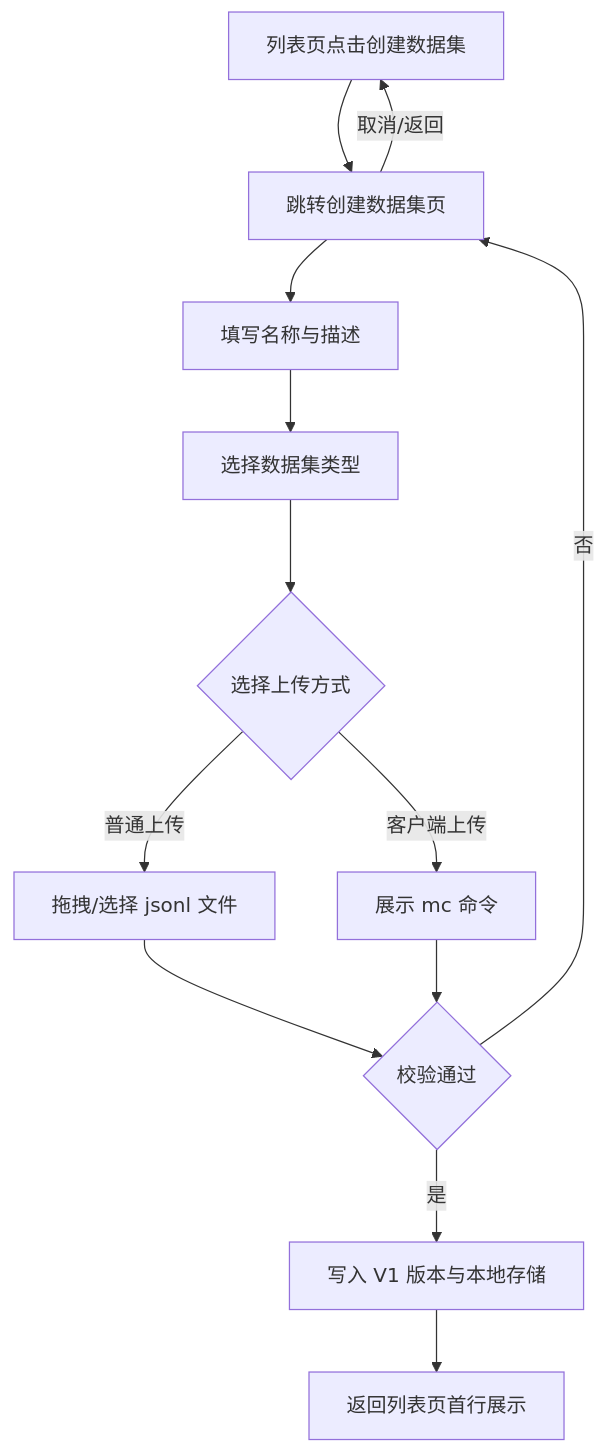
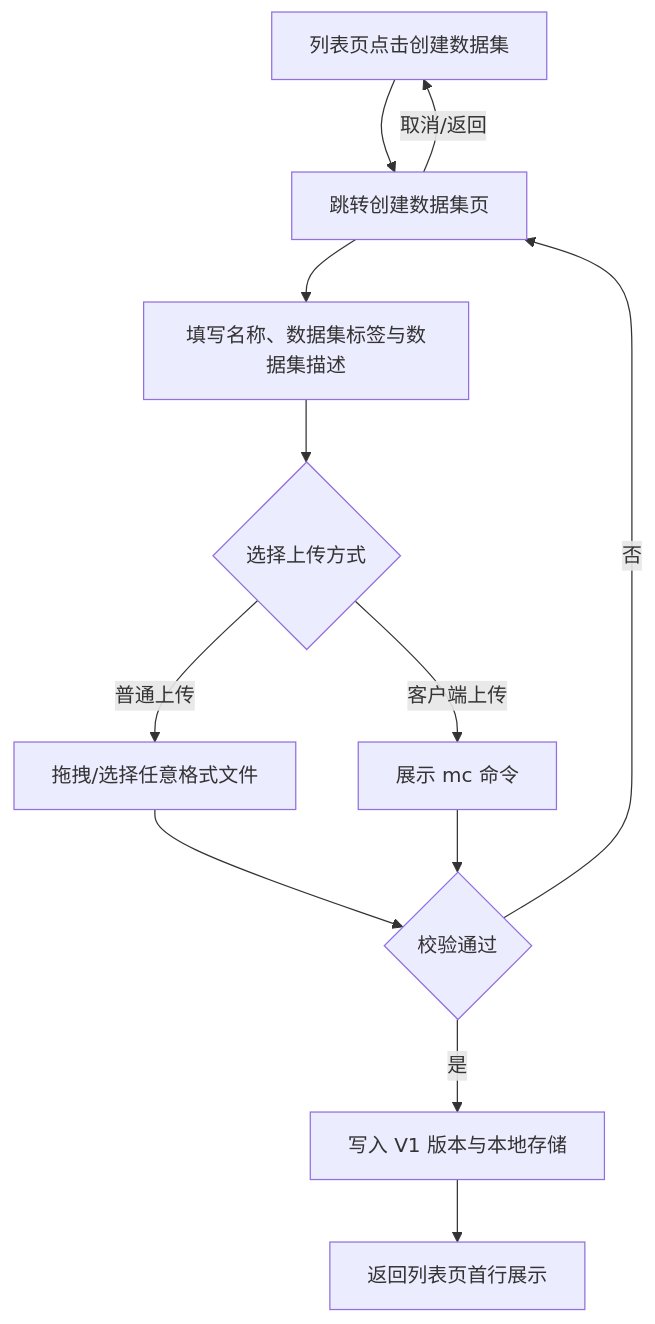
The diagram in src/pages/算力加速平台/数据管理/创建数据集/prd.md (MeehanCole/prototype-platform), drawn with Mermaid before and after one commit. The commit also changed other lines of this file and 42 other files, not shown here.

````diff
--- a/src/pages/算力加速平台/数据管理/创建数据集/prd.md
+++ b/src/pages/算力加速平台/数据管理/创建数据集/prd.md
@@ -110,15 +131,14 @@
 ```mermaid
 flowchart TD
   A[列表页点击创建数据集] --> B[跳转创建数据集页]
-  B --> C[填写名称与描述]
-  C --> D[选择数据集类型]
-  D --> E{选择上传方式}
-  E -- 普通上传 --> F[拖拽/选择 jsonl 文件]
+  B --> C[填写名称、数据集标签与数据集描述]
+  C --> E{选择上传方式}
+  E -- 普通上传 --> F[拖拽/选择任意格式文件]
   E -- 客户端上传 --> G[展示 mc 命令]
   F --> H{校验通过}
   G --> H
   H -- 否 --> B
   H -- 是 --> I[写入 V1 版本与本地存储]
   I --> J[返回列表页首行展示]
   B -- 取消/返回 --> A
 ```
````
